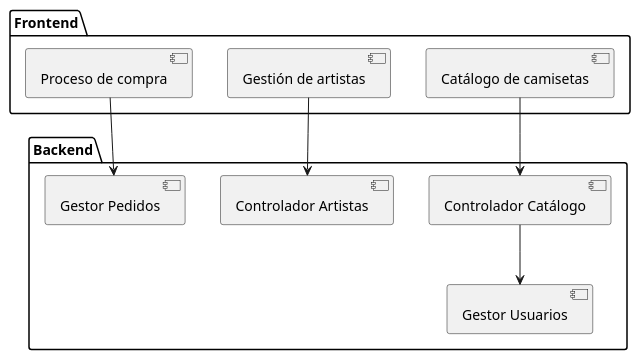
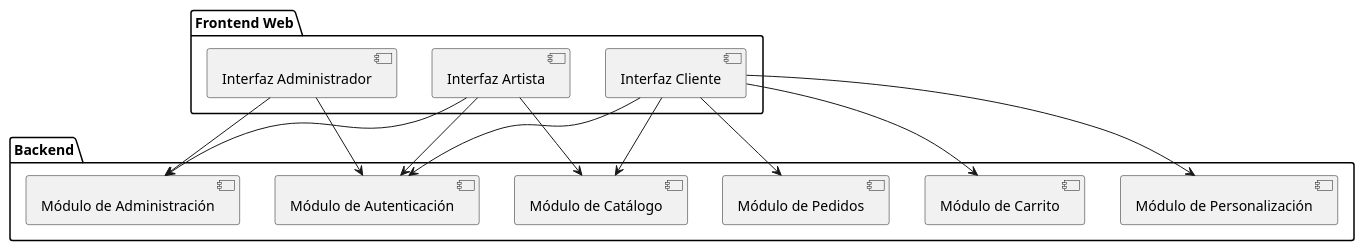
The diagram in Producto/Diagramas/diagrama_componentes.puml (Inaryuta/Proyecto-Final-FIS), drawn with PlantUML before and after one commit. The commit also changed 5 other files, not shown here.

Commit message:
updated some diagrams

```diff
--- a/Producto/Diagramas/diagrama_componentes.puml
+++ b/Producto/Diagramas/diagrama_componentes.puml
@@ -1,19 +1,31 @@
-@startuml component
-package "Frontend" {
-    [Catálogo de camisetas]
-    [Gestión de artistas]
-    [Proceso de compra]
+@startuml DiagramaComponentesTienda
+
+package "Frontend Web" {
+  [Interfaz Cliente]
+  [Interfaz Artista]
+  [Interfaz Administrador]
 }
 
 package "Backend" {
-    [Controlador Catálogo]
-    [Controlador Artistas]
-    [Gestor Pedidos]
-    [Gestor Usuarios]
+  [Módulo de Autenticación]
+  [Módulo de Catálogo]
+  [Módulo de Personalización]
+  [Módulo de Carrito]
+  [Módulo de Pedidos]
+  [Módulo de Administración]
 }
 
-[Catálogo de camisetas] --> [Controlador Catálogo]
-[Gestión de artistas] --> [Controlador Artistas]
-[Proceso de compra] --> [Gestor Pedidos]
-[Controlador Catálogo] --> [Gestor Usuarios]
+[Interfaz Cliente] --> [Módulo de Autenticación]
+[Interfaz Cliente] --> [Módulo de Catálogo]
+[Interfaz Cliente] --> [Módulo de Personalización]
+[Interfaz Cliente] --> [Módulo de Carrito]
+[Interfaz Cliente] --> [Módulo de Pedidos]
+
+[Interfaz Artista] --> [Módulo de Autenticación]
+[Interfaz Artista] --> [Módulo de Catálogo]
+[Interfaz Artista] --> [Módulo de Administración]
+
+[Interfaz Administrador] --> [Módulo de Administración]
+[Interfaz Administrador] --> [Módulo de Autenticación]
+
 @enduml
```
